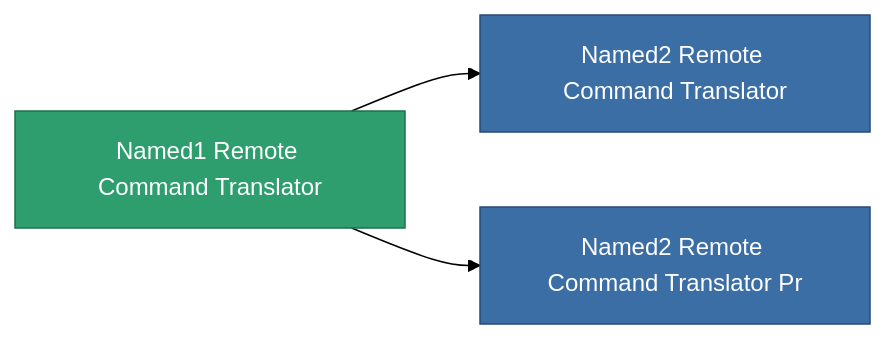
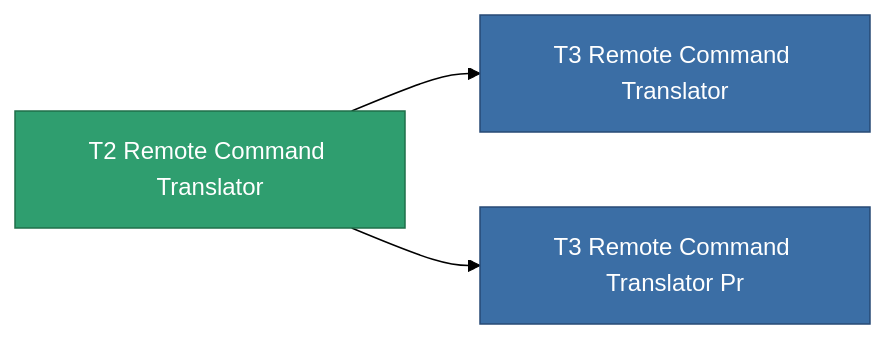
Before and after one commit to OpenPerpetuum/Wiki: the diagram in content/content/items/named1_remote_command_translator.md, drawn with Mermaid (forest theme). The commit also changed other lines of this file and 4904 other files, not shown here.

````diff
--- a/content/content/items/named1_remote_command_translator.md
+++ b/content/content/items/named1_remote_command_translator.md
@@ -71,13 +55,13 @@
 ```mermaid
 graph LR
-    a["Named1 Remote Command Translator"]:::current
-    b["Named2 Remote Command Translator"]:::prod
+    a["T2 Remote Command Translator"]:::current
+    b["T3 Remote Command Translator"]:::prod
     a --> b
-    click b "/content/items/named2-remote-command-translator/" "Named2 Remote Command Translator"
-    c["Named2 Remote Command Translator Pr"]:::prod
+    click b "/content/items/named2-remote-command-translator/" "T3 Remote Command Translator"
+    c["T3 Remote Command Translator Pr"]:::prod
     a --> c
-    click c "/content/items/named2-remote-command-translator-pr/" "Named2 Remote Command Translator Pr"
+    click c "/content/items/named2-remote-command-translator-pr/" "T3 Remote Command Translator Pr"
     classDef current fill:#2f9e6f,stroke:#1f6f4a,color:#ffffff
     classDef prod fill:#3b6ea5,stroke:#274a75,color:#ffffff
     classDef more fill:#39445a,stroke:#54658a,color:#d5dbe8
 ```
````
